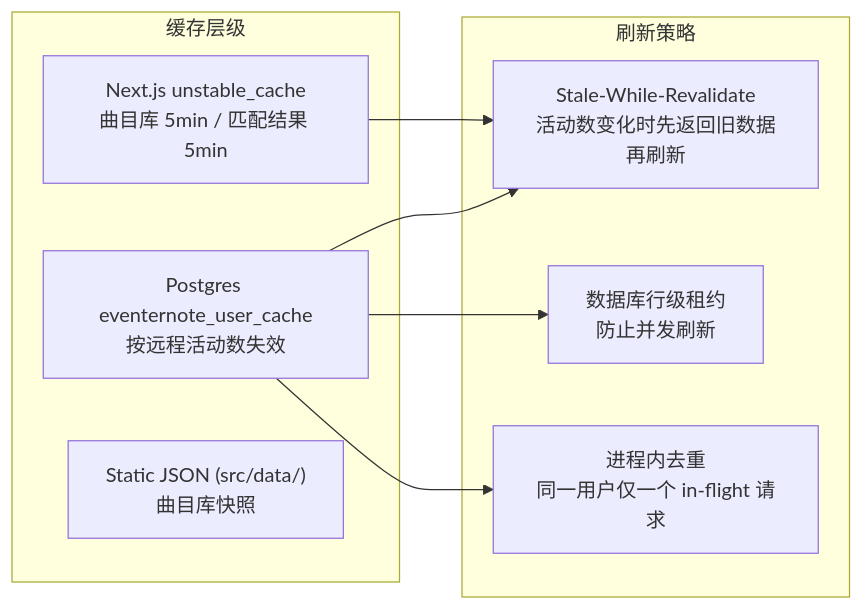
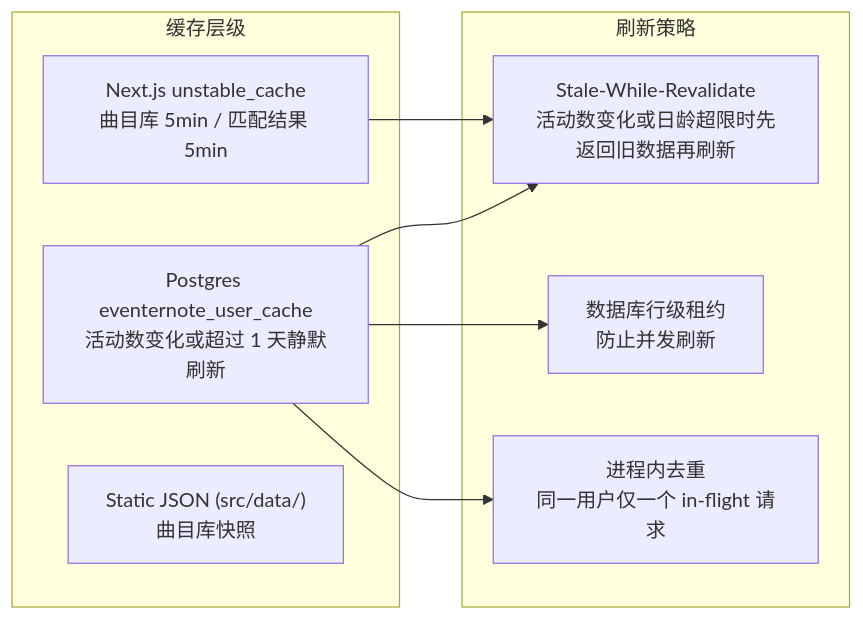
The fourth of 5 diagrams in ARCHITECTURE.md (calcxx/bandori-live-songs), drawn with Mermaid before and after one commit. The commit also changed other lines of this file and 7 other files, not shown here.

First line of the commit message:
feat: sync cache age refresh, play counts, and user-cache admin

````diff
--- a/ARCHITECTURE.md
+++ b/ARCHITECTURE.md
@@ -386,19 +388,19 @@
 ```mermaid
 graph LR
     subgraph "缓存层级"
         L1["Next.js unstable_cache<br/>曲目库 5min / 匹配结果 5min"]
-        L2["Postgres eventernote_user_cache<br/>按远程活动数失效"]
+        L2["Postgres eventernote_user_cache<br/>活动数变化或超过 1 天静默刷新"]
         L3["Static JSON (src/data/)<br/>曲目库快照"]
     end
 
     subgraph "刷新策略"
-        SWR["Stale-While-Revalidate<br/>活动数变化时先返回旧数据再刷新"]
+        SWR["Stale-While-Revalidate<br/>活动数变化或日龄超限时先返回旧数据再刷新"]
         Lease["数据库行级租约<br/>防止并发刷新"]
         Dedup["进程内去重<br/>同一用户仅一个 in-flight 请求"]
     end
 
     L1 --> SWR
     L2 --> SWR
     L2 --> Lease
     L2 --> Dedup
 ```
````
